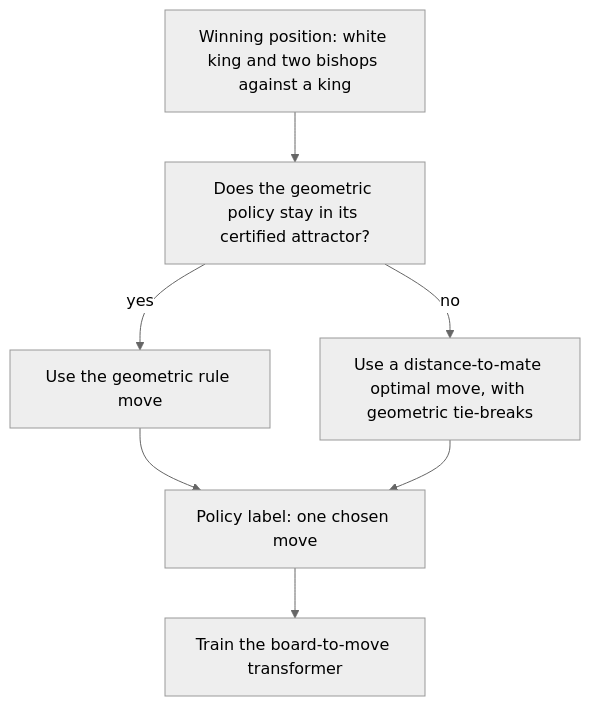
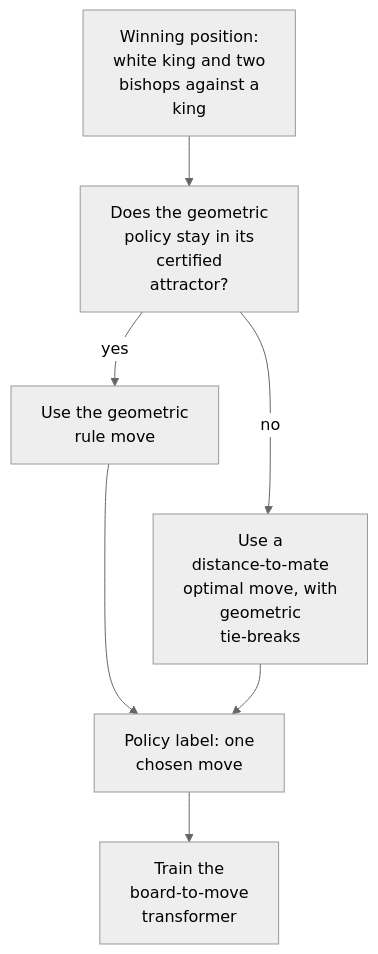
One commit to jc1122/mechanistic-interpretability-circuit-atlas changed the diagram in entries/chess-kbbk-mate.md. Above: the diagram before and after it, drawn with Mermaid (neutral theme). The commit also changed 39 other files, not shown here.

````diff
--- a/entries/chess-kbbk-mate.md
+++ b/entries/chess-kbbk-mate.md
@@ -65,11 +65,13 @@
 ```mermaid
 flowchart TD
     accTitle: Hybrid policy used to label the bishops endgame
     accDescr: A winning board uses a geometric move inside its certified safe attractor and a distance-to-mate table move elsewhere. The resulting policy label trains a board-to-move transformer. This is label generation, not a hand-built neural circuit; no HAND or PART component exists, and no node is marked as such.
-    P["Winning position: white king and two bishops against a king"] --> G["Does the geometric policy stay in its certified attractor?"]
-    G -->|"yes"| R["Use the geometric rule move"]
-    G -->|"no"| D["Use a distance-to-mate optimal move, with geometric tie-breaks"]
-    R --> Y["Policy label: one chosen move"]
+    P["Winning position:<br/>white king and two<br/>bishops against a<br/>king"] --> G["Does the geometric<br/>policy stay in its<br/>certified<br/>attractor?"]
+    G -->|"yes"| R["Use the geometric<br/>rule move"]
+    G -->|"no"| D["Use a<br/>distance-to-mate<br/>optimal move, with<br/>geometric<br/>tie-breaks"]
+    R --> Y["Policy label: one<br/>chosen move"]
     D --> Y
-    Y --> T["Train the board-to-move transformer"]
+    Y --> T["Train the<br/>board-to-move<br/>transformer"]
+    %% Invisible links constrain vertical layout only, not computation.
+    R ~~~ D
 ```
````
